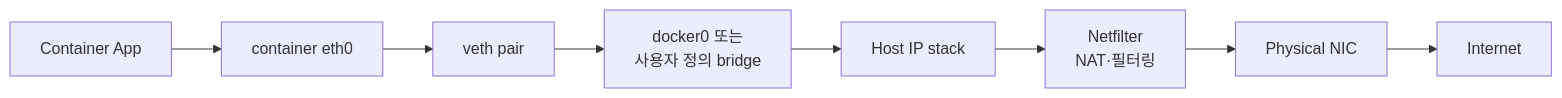
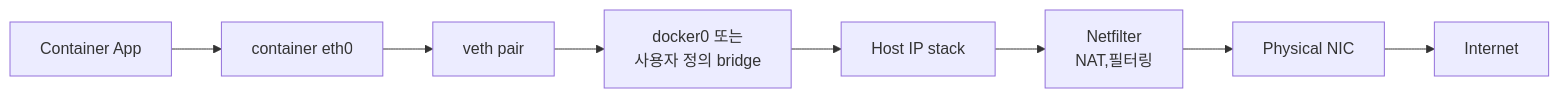
Before and after one commit to minnong511/minnong511.github.io: the first of 7 diagrams in _posts/CI-CD-Docker/Docker/2026-08-17-docker-09-container-networking.md, drawn with Mermaid. The commit also changed other lines of this file and 8 other files, not shown here.

````diff
--- a/_posts/CI-CD-Docker/Docker/2026-08-17-docker-09-container-networking.md
+++ b/_posts/CI-CD-Docker/Docker/2026-08-17-docker-09-container-networking.md
@@ -30,10 +30,10 @@
 ```mermaid
 flowchart LR
     APP["Container App"] --> E0["container eth0"]
     E0 --> V1["veth pair"]
     V1 --> BR["docker0 또는<br/>사용자 정의 bridge"]
     BR --> IP["Host IP stack"]
-    IP --> NAT["Netfilter<br/>NAT·필터링"]
+    IP --> NAT["Netfilter<br/>NAT,필터링"]
     NAT --> NIC["Physical NIC"]
     NIC --> INTERNET["Internet"]
 ```
````
